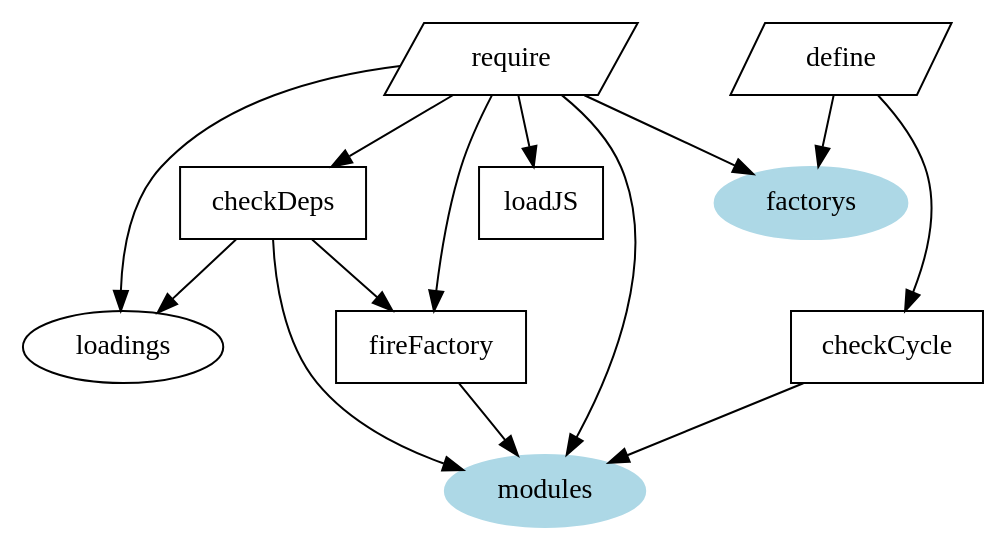
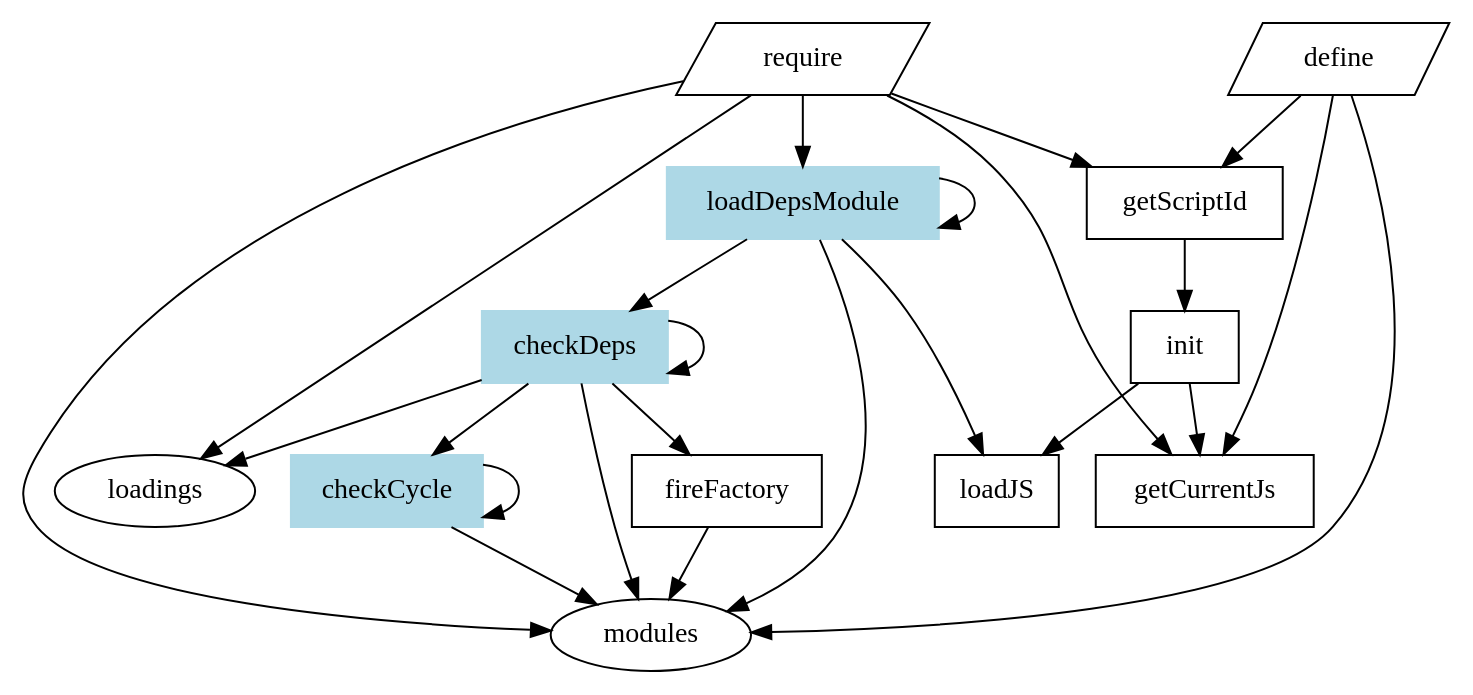
One commit to foio/foio.github.io changed the diagram in images/require-structure.dot. Above: the diagram before and after it, drawn with Graphviz. The commit also changed 4 other files, not shown here.

```diff
--- a/images/require-structure.dot
+++ b/images/require-structure.dot
@@ -1,25 +1,47 @@
 digraph G {
 	require[shape = polygon, sides = 4, skew= 0.4]
- 	checkDeps[shape=box]
+   	define[shape = polygon, sides = 4, skew= 0.4]
+ 	checkDeps[shape=box;color=lightblue,style = filled]
 	loadJS[shape=box]
 	fireFactory[shape=box]
-	modules[color=lightblue,style = filled]
-	factorys[color=lightblue,style = filled]
-   	require -> loadJS; 
-   	require -> checkDeps; 
-   	require -> fireFactory; 
-   	require -> modules; 
-   	require -> loadings; 
-   	require -> factorys; 
-   	checkDeps -> fireFactory;
-   	checkDeps -> modules;
-   	checkDeps -> loadings;
-   	fireFactory -> modules;
+	getScriptId[shape=box]
+	getCurrentJs[shape=box]
+    loadDepsModule[shape=box;color=lightblue,style = filled]
+   	checkCycle[shape=box;color=lightblue,style = filled]
+    init[shape=box]
+
+    define -> modules;
+    define -> getScriptId;
+    define -> getCurrentJs;
+
+    require -> modules;
+    require -> loadings;
+   	require -> getCurrentJs;
+   	require -> getScriptId;
+   	require -> loadDepsModule;
+   	
+    
+    loadDepsModule -> modules;
+    loadDepsModule -> loadJS;
+    loadDepsModule -> checkDeps;
+    loadDepsModule -> loadDepsModule;
 
 
-   	define[shape = polygon, sides = 4, skew= 0.4]
-   	checkCycle[shape=box]
-   	define -> factorys;
-   	define -> checkCycle;
-   	checkCycle -> modules;
+    getScriptId -> init; 
+
+    init->getCurrentJs; 
+    init->loadJS;
+
+
+    checkCycle -> modules;
+    checkCycle -> checkCycle;
+
+
+    checkDeps -> modules;
+    checkDeps -> loadings;
+    checkDeps -> checkCycle;
+    checkDeps -> fireFactory;
+    checkDeps -> checkDeps;
+
+    fireFactory -> modules;
 }
```
